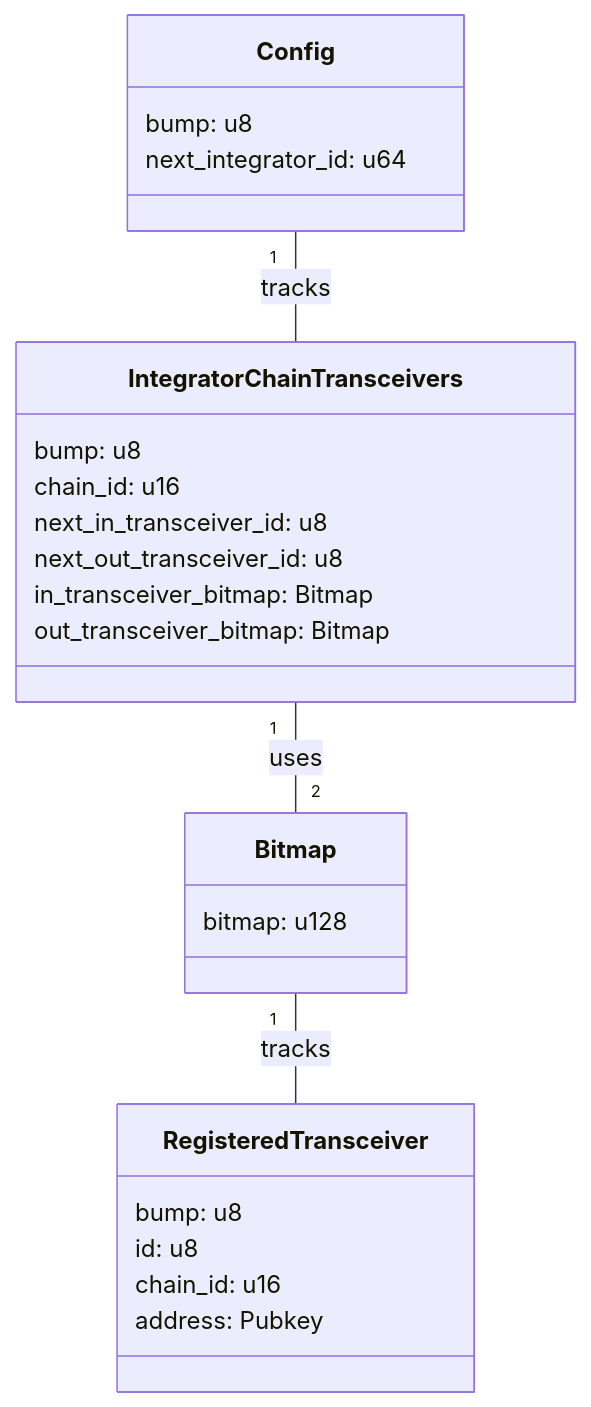
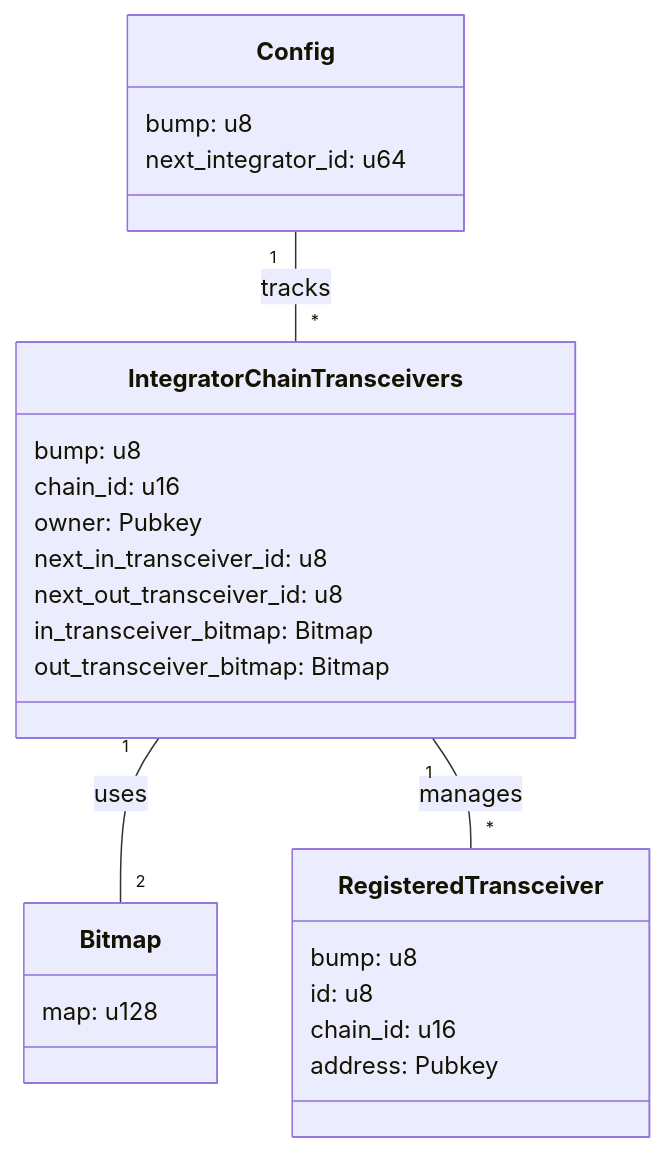
Before and after one commit to wormholelabs-xyz/example-messaging-endpoint: the diagram in svm/programs/router/README.md, drawn with Mermaid. The commit also changed other lines of this file, not shown here.

````diff
--- a/svm/programs/router/README.md
+++ b/svm/programs/router/README.md
@@ -5,31 +5,32 @@
 ```mermaid
 classDiagram
     class Config {
         bump: u8
         next_integrator_id: u64
     }
 
     class IntegratorChainTransceivers {
         bump: u8
         chain_id: u16
+        owner: Pubkey
         next_in_transceiver_id: u8
         next_out_transceiver_id: u8
         in_transceiver_bitmap: Bitmap
         out_transceiver_bitmap: Bitmap
     }
 
     class RegisteredTransceiver {
         bump: u8
         id: u8
         chain_id: u16
         address: Pubkey
     }
 
     class Bitmap {
-        bitmap: u128
+        map: u128
     }
 
-    Config "1" -- "" IntegratorChainTransceivers : tracks
+    Config "1" -- "*" IntegratorChainTransceivers : tracks
     IntegratorChainTransceivers "1" -- "2" Bitmap : uses
-    Bitmap "1" -- "" RegisteredTransceiver : tracks
+    IntegratorChainTransceivers "1" -- "*" RegisteredTransceiver : manages
 ```
````
